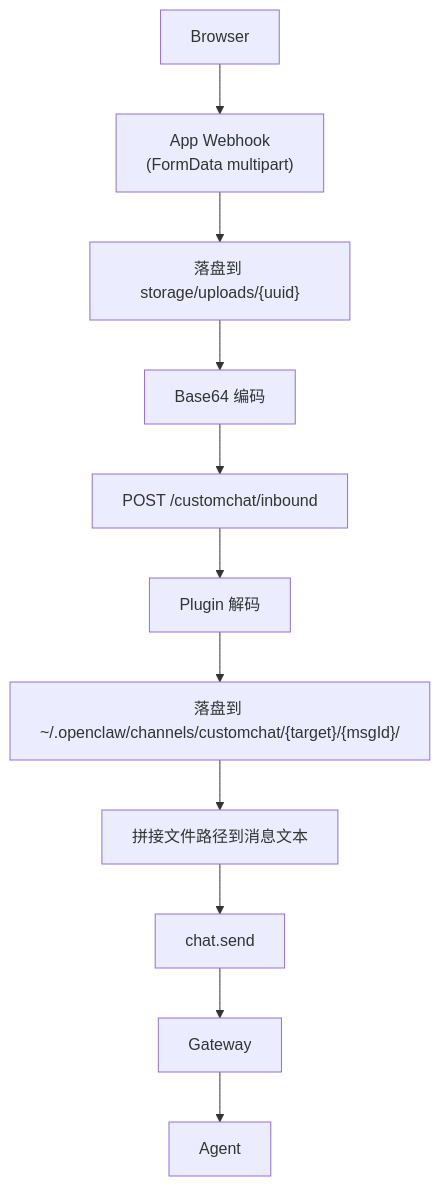
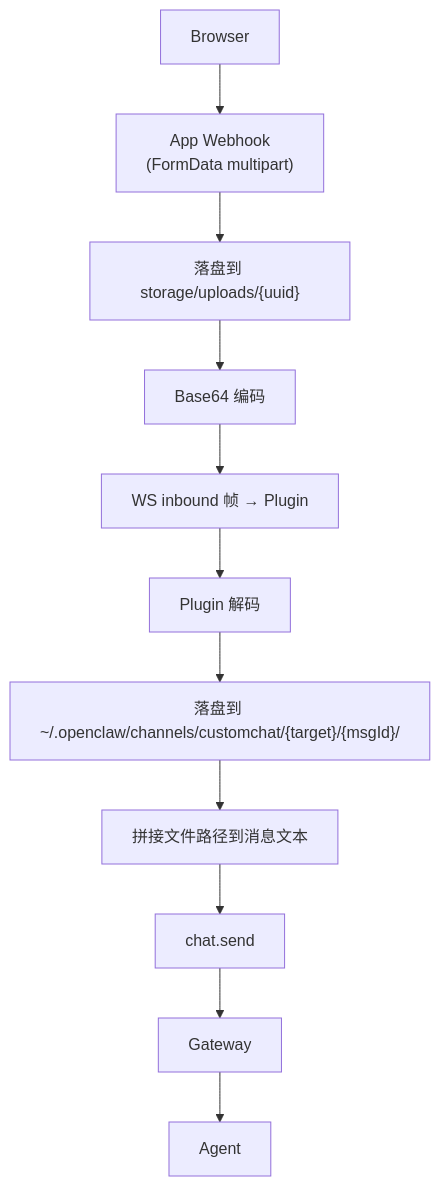
One commit to mattt-s/Chatbot changed the second of 2 diagrams in README.md. Above: the diagram before and after it, drawn with Mermaid. The commit also changed other lines of this file, not shown here.

First line of the commit message:
docs: 修正通信方式总表及流程图中 app->插件 的描述

````diff
--- a/README.md
+++ b/README.md
@@ -942,13 +942,13 @@
 ```mermaid
 flowchart TD
     A["Browser"] --> B["App Webhook<br/>(FormData multipart)"]
     B --> C["落盘到 storage/uploads/{uuid}"]
     C --> D["Base64 编码"]
-    D --> E["POST /customchat/inbound"]
+    D --> E["WS inbound 帧 → Plugin"]
     E --> F["Plugin 解码"]
     F --> G["落盘到 ~/.openclaw/channels/customchat/{target}/{msgId}/"]
     G --> H["拼接文件路径到消息文本"]
     H --> I["chat.send"]
     I --> J["Gateway"]
     J --> K["Agent"]
 ```
````
